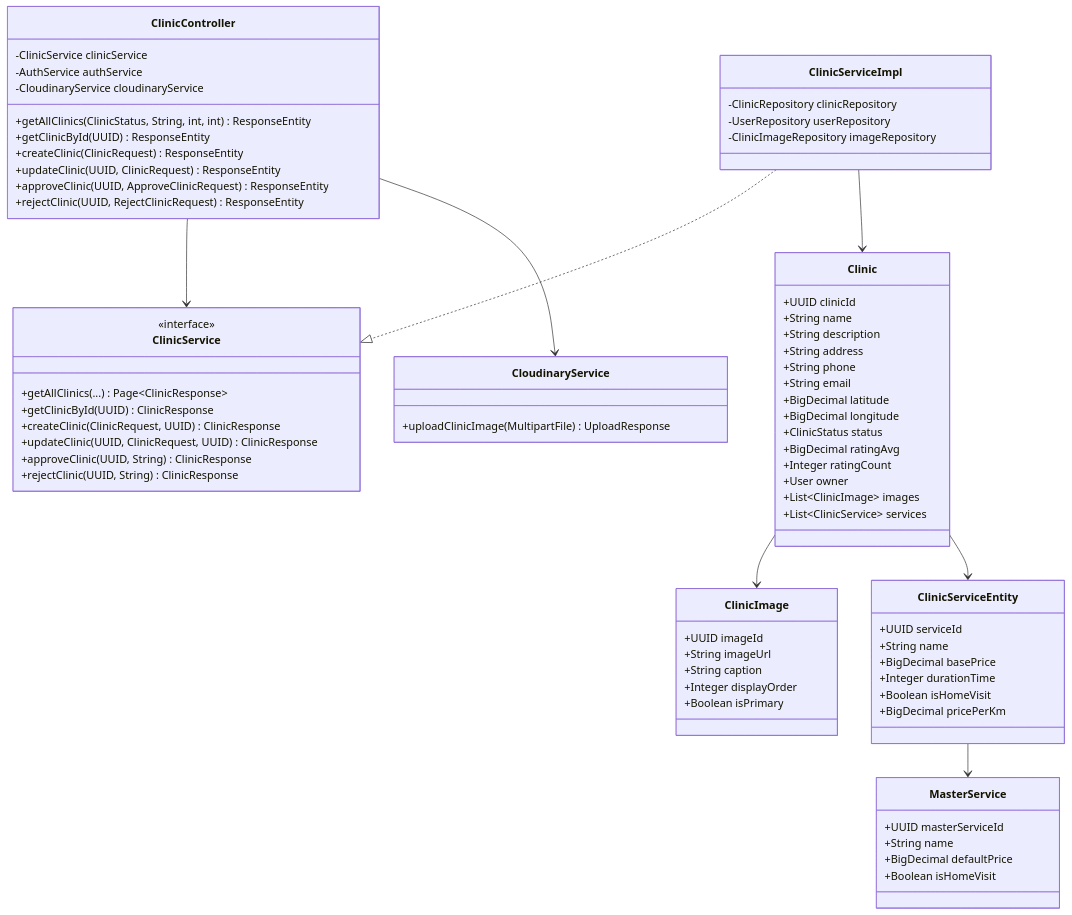
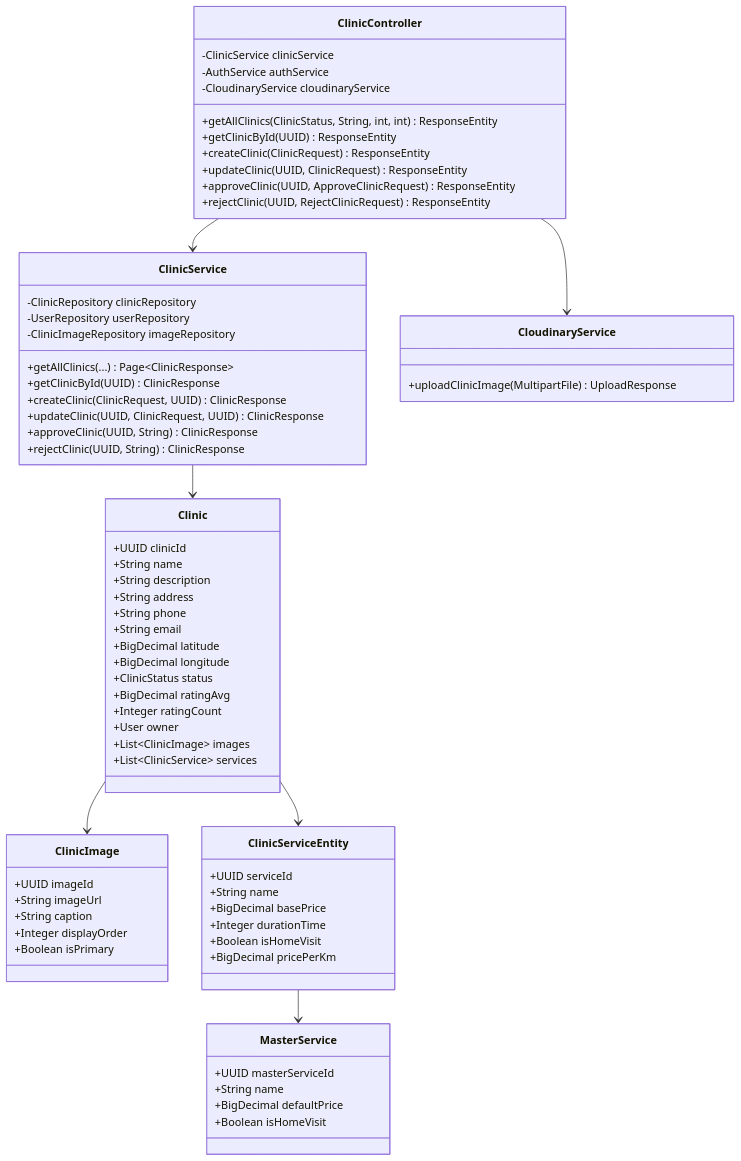
The ninth of 16 diagrams in docs-references/documentation/SDD/REPORT_4_SDD_SYSTEM_DESIGN.md (espresso23/Petties-Veterinary-Appointment-Booking-Platform), drawn with Mermaid before and after one commit. The commit also changed other lines of this file and 21 other files, not shown here.

Commit message:
update: break time, docs screen flow, screen description, BR, screen auth

```diff
--- a/docs-references/documentation/SDD/REPORT_4_SDD_SYSTEM_DESIGN.md
+++ b/docs-references/documentation/SDD/REPORT_4_SDD_SYSTEM_DESIGN.md
@@ -904,7 +904,9 @@
     }
 
     class ClinicService {
-        <<interface>>
+        -ClinicRepository clinicRepository
+        -UserRepository userRepository
+        -ClinicImageRepository imageRepository
         +getAllClinics(...) Page~ClinicResponse~
         +getClinicById(UUID) ClinicResponse
         +createClinic(ClinicRequest, UUID) ClinicResponse
@@ -913,11 +915,6 @@
         +rejectClinic(UUID, String) ClinicResponse
     }
 
-    class ClinicServiceImpl {
-        -ClinicRepository clinicRepository
-        -UserRepository userRepository
-        -ClinicImageRepository imageRepository
-    }
 
     class Clinic {
         +UUID clinicId
@@ -966,8 +963,7 @@
 
     ClinicController --> ClinicService
     ClinicController --> CloudinaryService
-    ClinicServiceImpl ..|> ClinicService
-    ClinicServiceImpl --> Clinic
+    ClinicService --> Clinic
     Clinic --> ClinicImage
     Clinic --> ClinicServiceEntity
     ClinicServiceEntity --> MasterService
```
